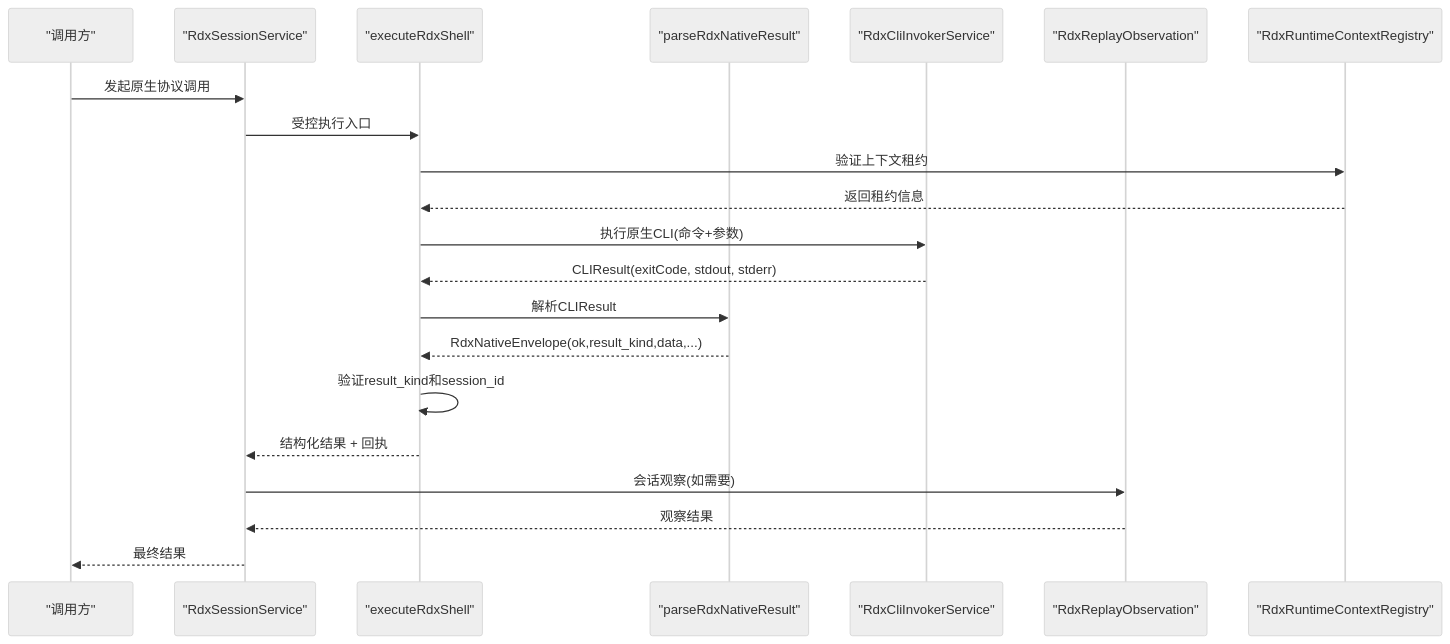
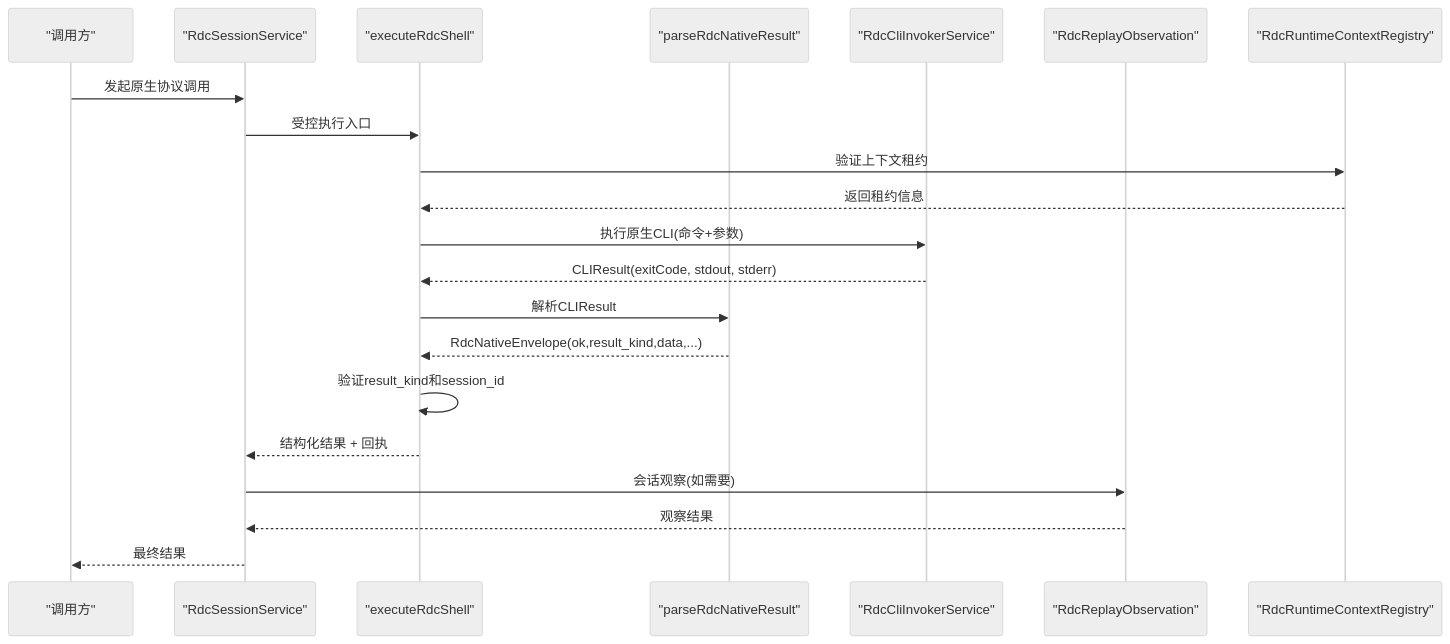
One commit to haolange/RDC-Agent changed the second of 5 diagrams in .qoder/repowiki/zh/content/架构设计/核心组件设计/CLI调用器设计/原生协议定义.md. Above: the diagram before and after it, drawn with Mermaid (neutral theme). The commit also changed other lines of this file and 557 other files, not shown here.

````diff
--- a/.qoder/repowiki/zh/content/架构设计/核心组件设计/CLI调用器设计/原生协议定义.md
+++ b/.qoder/repowiki/zh/content/架构设计/核心组件设计/CLI调用器设计/原生协议定义.md
@@ -120,23 +120,23 @@
 ```mermaid
 sequenceDiagram
 participant Caller as "调用方"
-participant SessionService as "RdxSessionService"
-participant Shell as "executeRdxShell"
-participant Parser as "parseRdxNativeResult"
-participant Invoker as "RdxCliInvokerService"
-participant Observation as "RdxReplayObservation"
-participant Registry as "RdxRuntimeContextRegistry"
+participant SessionService as "RdcSessionService"
+participant Shell as "executeRdcShell"
+participant Parser as "parseRdcNativeResult"
+participant Invoker as "RdcCliInvokerService"
+participant Observation as "RdcReplayObservation"
+participant Registry as "RdcRuntimeContextRegistry"
 Caller->>SessionService : 发起原生协议调用
 SessionService->>Shell : 受控执行入口
 Shell->>Registry : 验证上下文租约
 Registry-->>Shell : 返回租约信息
 Shell->>Invoker : 执行原生CLI(命令+参数)
 Invoker-->>Shell : CLIResult(exitCode, stdout, stderr)
 Shell->>Parser : 解析CLIResult
-Parser-->>Shell : RdxNativeEnvelope(ok,result_kind,data,...)
+Parser-->>Shell : RdcNativeEnvelope(ok,result_kind,data,...)
 Shell->>Shell : 验证result_kind和session_id
 Shell-->>SessionService : 结构化结果 + 回执
 SessionService->>Observation : 会话观察(如需要)
 Observation-->>SessionService : 观察结果
 SessionService-->>Caller : 最终结果
 ```
````
